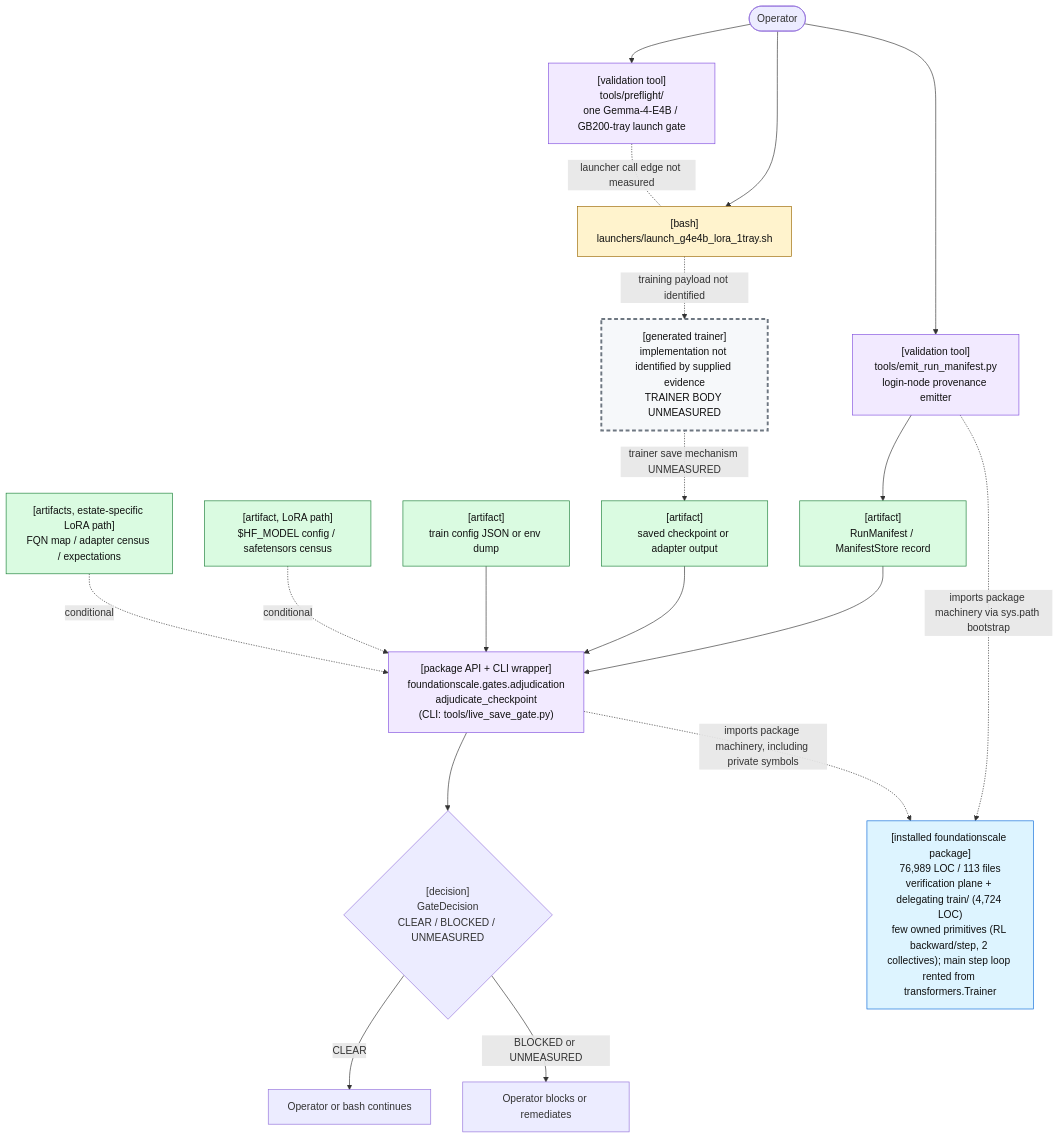
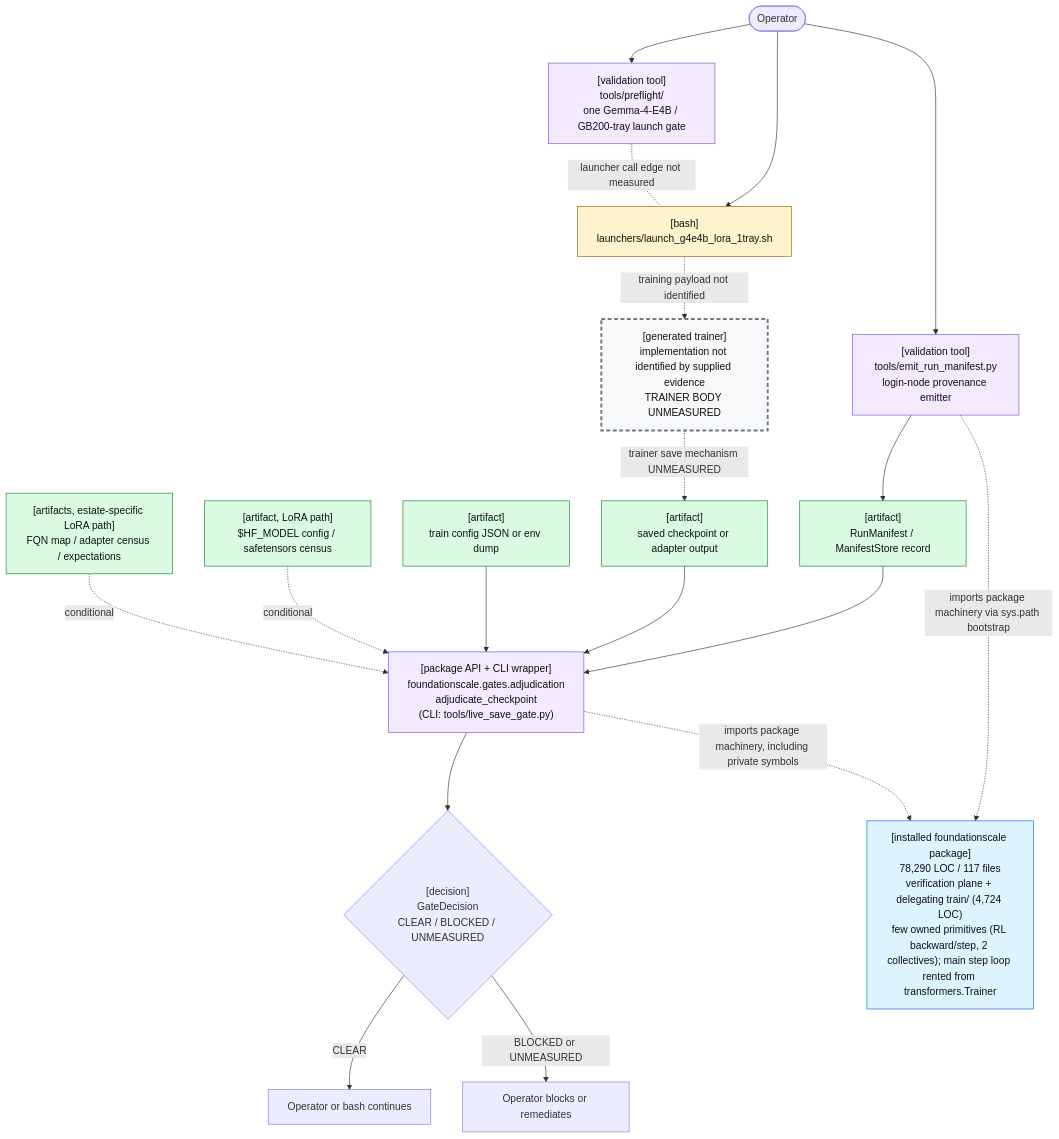
Before and after one commit to TranNhiem/FoundationScale: the first of 2 diagrams in docs/review/D2_current_architecture.md, drawn with Mermaid. The commit also changed other lines of this file and 10 other files, not shown here.

````diff
--- a/docs/review/D2_current_architecture.md
+++ b/docs/review/D2_current_architecture.md
@@ -25,59 +25,59 @@
 ```mermaid
 flowchart TB
   O(["Operator"])
 
   PF["[validation tool]<br/>tools/preflight/<br/>one Gemma-4-E4B / GB200-tray launch gate"]
   L["[bash]<br/>launchers/launch_g4e4b_lora_1tray.sh"]
 
   E["[validation tool]<br/>tools/emit_run_manifest.py<br/>login-node provenance emitter"]
   M["[artifact]<br/>RunManifest / ManifestStore record"]
 
   T["[generated trainer]<br/>implementation not identified by supplied evidence<br/>TRAINER BODY UNMEASURED"]
   C["[artifact]<br/>saved checkpoint or adapter output"]
 
   G["[package API + CLI wrapper]<br/>foundationscale.gates.adjudication<br/>adjudicate_checkpoint<br/>(CLI: tools/live_save_gate.py)"]
   CFG["[artifact]<br/>train config JSON or env dump"]
   BASE["[artifact, LoRA path]<br/>$HF_MODEL config / safetensors census"]
   CEN["[artifacts, estate-specific LoRA path]<br/>FQN map / adapter census / expectations"]
 
   D{"[decision]<br/>GateDecision<br/>CLEAR / BLOCKED / UNMEASURED"}
   OK["Operator or bash continues"]
   NO["Operator blocks or remediates"]
 
-  PKG["[installed foundationscale package]<br/>76,989 LOC / 113 files<br/>verification plane + delegating train/ (4,724 LOC)<br/>few owned primitives (RL backward/step, 2 collectives); main step loop rented from transformers.Trainer"]
+  PKG["[installed foundationscale package]<br/>78,290 LOC / 117 files<br/>verification plane + delegating train/ (4,724 LOC)<br/>few owned primitives (RL backward/step, 2 collectives); main step loop rented from transformers.Trainer"]
 
   O --> PF
   O --> L
   PF -. "launcher call edge not measured" .- L
 
   O --> E
   E --> M
 
   L -. "training payload not identified" .-> T
   T -. "trainer save mechanism UNMEASURED" .-> C
 
   M --> G
   C --> G
   CFG --> G
   BASE -. "conditional" .-> G
   CEN -. "conditional" .-> G
 
   E -. "imports package machinery via sys.path bootstrap" .-> PKG
   G -. "imports package machinery, including private symbols" .-> PKG
 
   G --> D
   D -->|"CLEAR"| OK
   D -->|"BLOCKED or UNMEASURED"| NO
 
   classDef bash fill:#fff3cd,stroke:#9a6700,color:#111;
   classDef tool fill:#f2eaff,stroke:#8250df,color:#111;
   classDef artifact fill:#dafbe1,stroke:#1a7f37,color:#111;
   classDef gap fill:#f6f8fa,stroke:#6e7781,stroke-width:3px,stroke-dasharray: 6 4,color:#111;
   classDef pkg fill:#ddf4ff,stroke:#0969da,color:#111;
 
   class L bash;
   class PF,E,G tool;
   class M,C,CFG,BASE,CEN artifact;
   class T gap;
   class PKG pkg;
 ```
````
